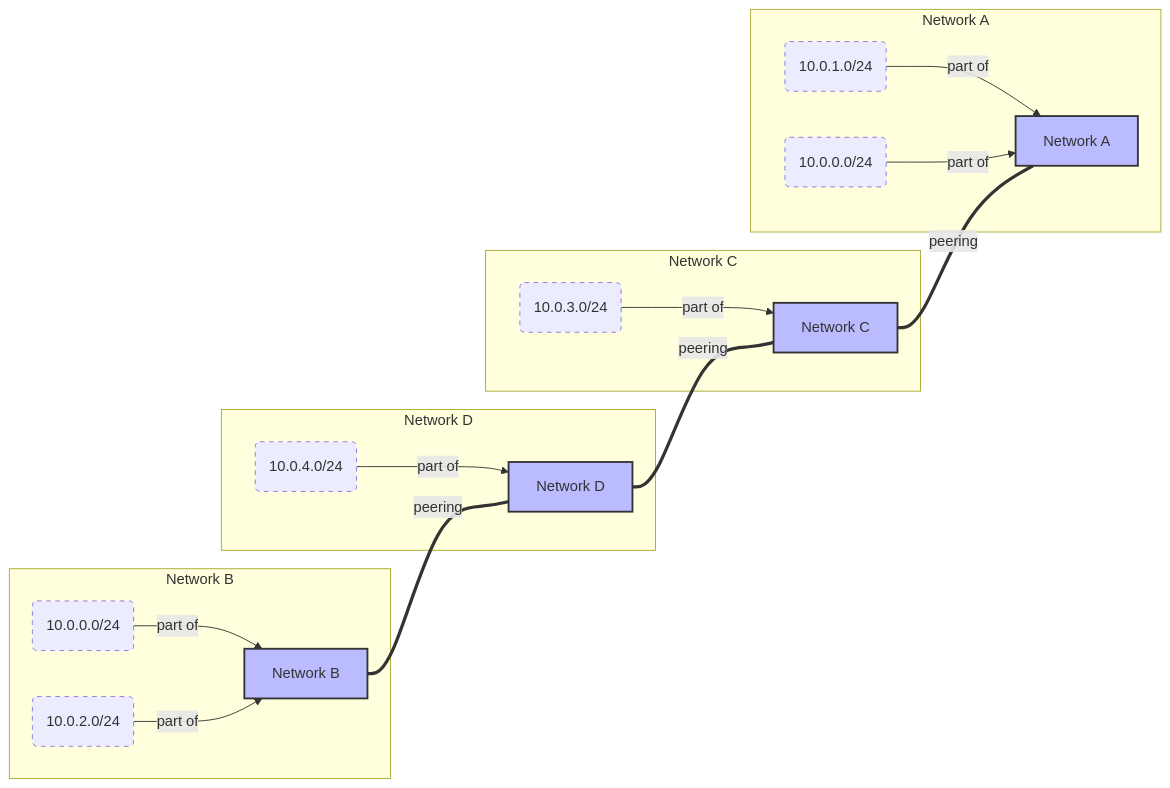
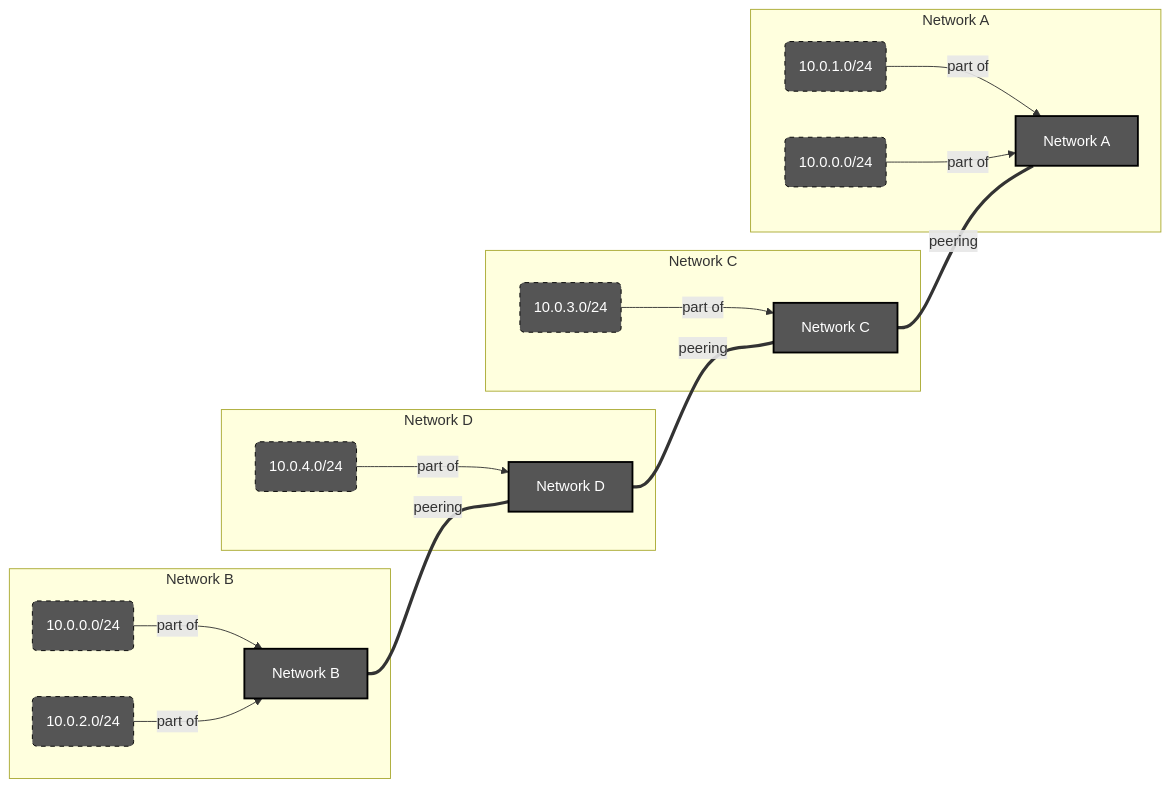
One commit to mattrussi/gitlab-com-runbooks changed the third of 4 diagrams in docs/ci-runners/README.md. Above: the diagram before and after it, drawn with Mermaid. The commit also changed other lines of this file, not shown here.

First line of the commit message:
docs(ci-runners): show subnetwork conflict

````diff
--- a/docs/ci-runners/README.md
+++ b/docs/ci-runners/README.md
@@ -224,27 +224,27 @@
 ```mermaid
 graph LR
-  classDef subnetwork stroke-dasharray: 5 5;
-  classDef vpc fill:#bbf,stroke:#333,stroke-width:2px;
+  classDef subnetwork color:#fff,fill:#555,stroke:#000,stroke-dasharray: 5 5;
+  classDef vpc        color:#fff,fill:#555,stroke:#000,stroke-width:2px;
 
   subgraph Network A
     subnetwork_A_1("10.0.1.0/24"):::subnetwork -->|part of| network_A["Network A"]:::vpc
     subnetwork_A_2("10.0.0.0/24"):::subnetwork -->|part of| network_A
   end
 
   subgraph Network B
     subnetwork_B_2("10.0.0.0/24"):::subnetwork -->|part of| network_B["Network B"]:::vpc
     subnetwork_B_1("10.0.2.0/24"):::subnetwork -->|part of| network_B
   end
 
   subgraph Network C
     subnetwork_C_1("10.0.3.0/24"):::subnetwork -->|part of| network_C["Network C"]:::vpc
   end
 
   subgraph Network D
     subnetwork_D_1("10.0.4.0/24"):::subnetwork -->|part of| network_D["Network D"]:::vpc
   end
 
   network_B ===|peering| network_D
   network_C ===|peering| network_A
   network_D ===|peering| network_C
 ```
````
